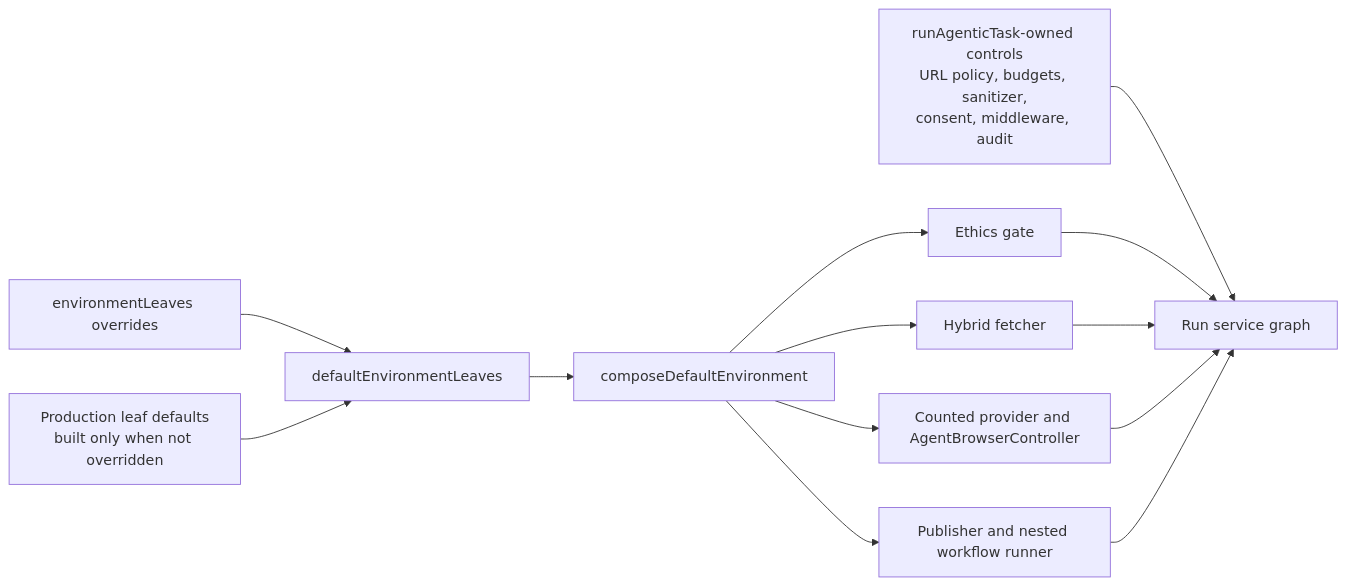
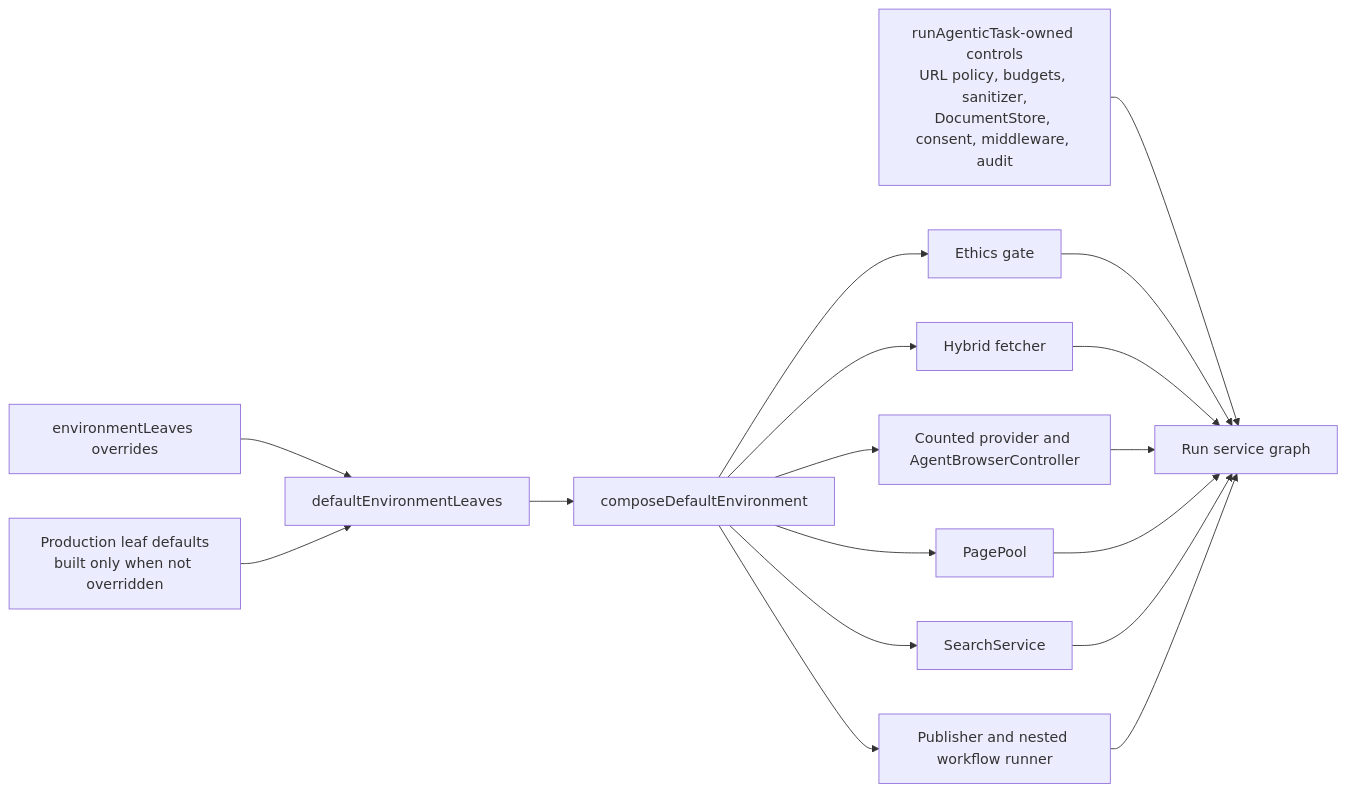
One commit to abranjith/yantra changed diagram 13 of 23 in docs/architecture.md. Above: the diagram before and after it, drawn with Mermaid. The commit also changed other lines of this file and 99 other files, not shown here.

````diff
--- a/docs/architecture.md
+++ b/docs/architecture.md
@@ -1276,15 +1293,19 @@
 ```mermaid
 flowchart LR
   Overrides[environmentLeaves overrides] --> Leaves[defaultEnvironmentLeaves]
   Production[Production leaf defaults<br/>built only when not overridden] --> Leaves
   Leaves --> Composer[composeDefaultEnvironment]
   Composer --> Ethics[Ethics gate]
   Composer --> Fetcher[Hybrid fetcher]
   Composer --> Browser[Counted provider and AgentBrowserController]
+  Composer --> Pool[PagePool]
+  Composer --> SearchSvc[SearchService]
   Composer --> Publisher[Publisher and nested workflow runner]
-  Orchestrator[runAgenticTask-owned controls<br/>URL policy, budgets, sanitizer,<br/>consent, middleware, audit] --> Run[Run service graph]
+  Orchestrator[runAgenticTask-owned controls<br/>URL policy, budgets, sanitizer,<br/>DocumentStore, consent, middleware, audit] --> Run[Run service graph]
   Ethics --> Run
   Fetcher --> Run
   Browser --> Run
+  Pool --> Run
+  SearchSvc --> Run
   Publisher --> Run
 ```
````
